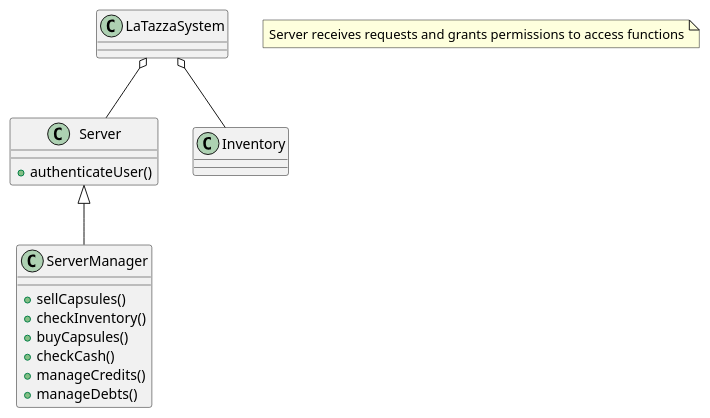
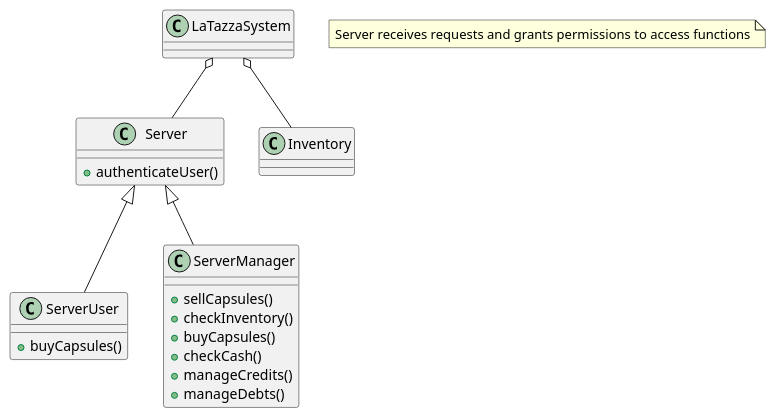
One commit to SimoneDutto/LaTazza changed the fourth of 4 diagrams in templates/RequirementsTemplate.md. Above: the diagram before and after it, drawn with PlantUML. The commit also changed other lines of this file, not shown here.

````diff
--- a/templates/RequirementsTemplate.md
+++ b/templates/RequirementsTemplate.md
@@ -298,25 +292,29 @@
 ```plantuml
 @startuml
 class LaTazzaSystem{
 }
 class Server{
  +authenticateUser()
+}
+class ServerUser{
+ +buyCapsules()
 }
 class ServerManager{
  +sellCapsules()
  +checkInventory()
  +buyCapsules()
  +checkCash()
  +manageCredits()
  +manageDebts()
 }
 class Inventory{
 }
 
 
 LaTazzaSystem o-- Server
 LaTazzaSystem o-- Inventory
 Server <|-- ServerManager
+Server <|-- ServerUser
 note "Server receives requests and grants permissions to access functions" as n
 @enduml
 ```
````
